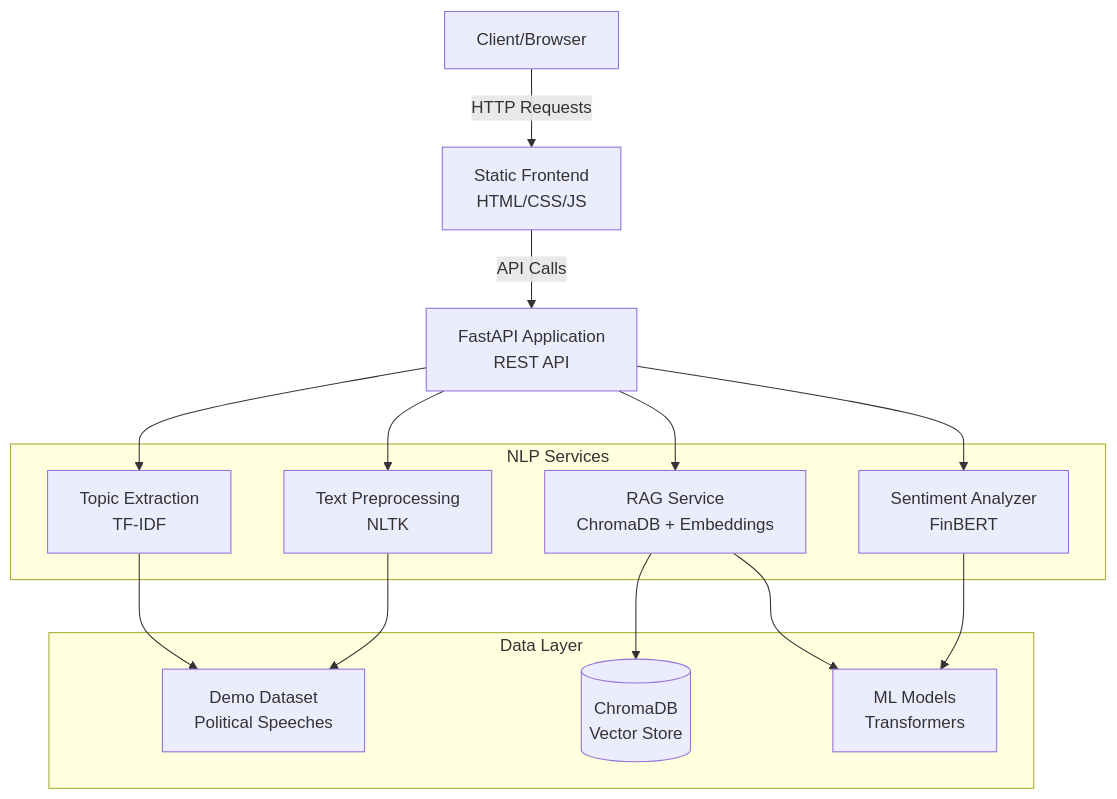
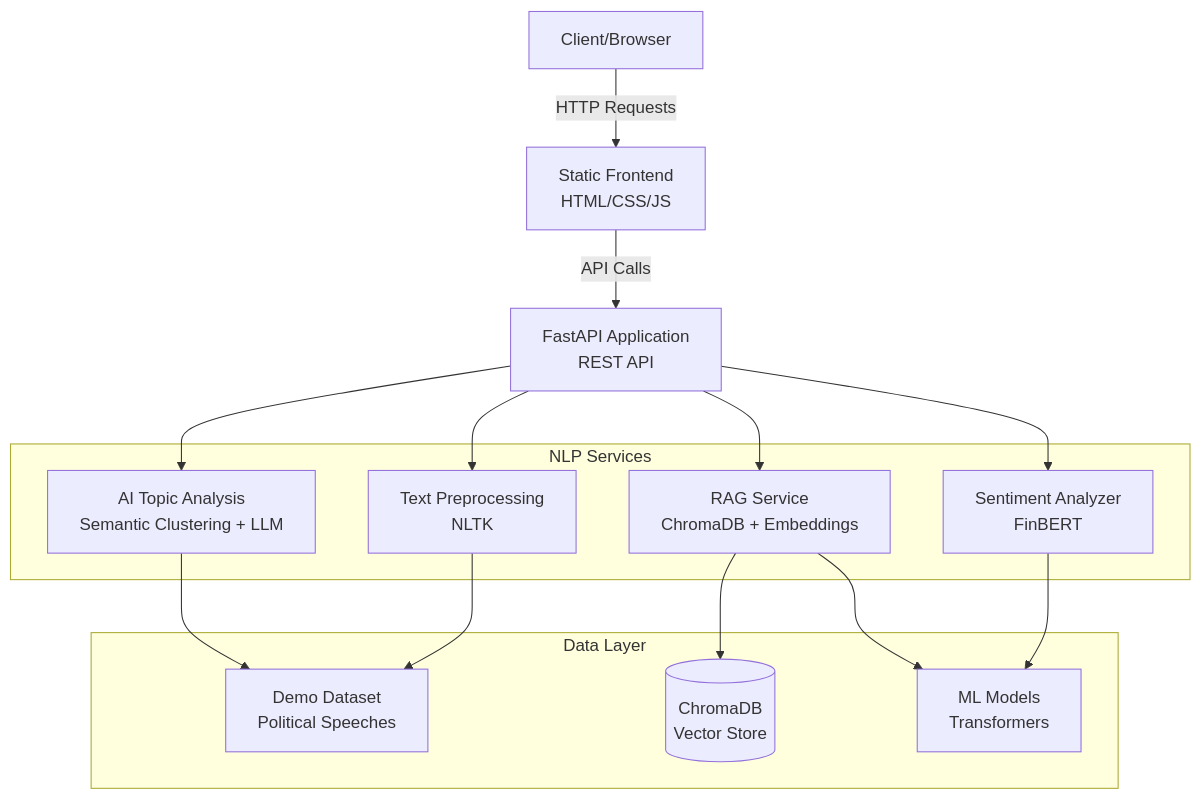
Before and after one commit to JustaKris/Donald-Trump-Rally-Speeches-NLP: the first of 13 diagrams in docs/reference/architecture.md, drawn with Mermaid. The commit also changed other lines of this file and 15 other files, not shown here.

First line of the commit message:
Complete rework of Topic extraction

````diff
--- a/docs/reference/architecture.md
+++ b/docs/reference/architecture.md
@@ -20,32 +20,32 @@
 ```mermaid
 graph TB
     Client[Client/Browser]
     Frontend[Static Frontend<br/>HTML/CSS/JS]
     API[FastAPI Application<br/>REST API]
     
     subgraph "NLP Services"
         Sentiment[Sentiment Analyzer<br/>FinBERT]
         Preprocessing[Text Preprocessing<br/>NLTK]
-        Topics[Topic Extraction<br/>TF-IDF]
+        Topics[AI Topic Analysis<br/>Semantic Clustering + LLM]
         RAG[RAG Service<br/>ChromaDB + Embeddings]
     end
     
     subgraph "Data Layer"
         Speeches[Demo Dataset<br/>Political Speeches]
         VectorDB[(ChromaDB<br/>Vector Store)]
         Models[ML Models<br/>Transformers]
     end
     
     Client -->|HTTP Requests| Frontend
     Frontend -->|API Calls| API
     API --> Sentiment
     API --> Preprocessing
     API --> Topics
     API --> RAG
     
     Sentiment --> Models
     RAG --> VectorDB
     RAG --> Models
     Preprocessing --> Speeches
     Topics --> Speeches
 ```
````
